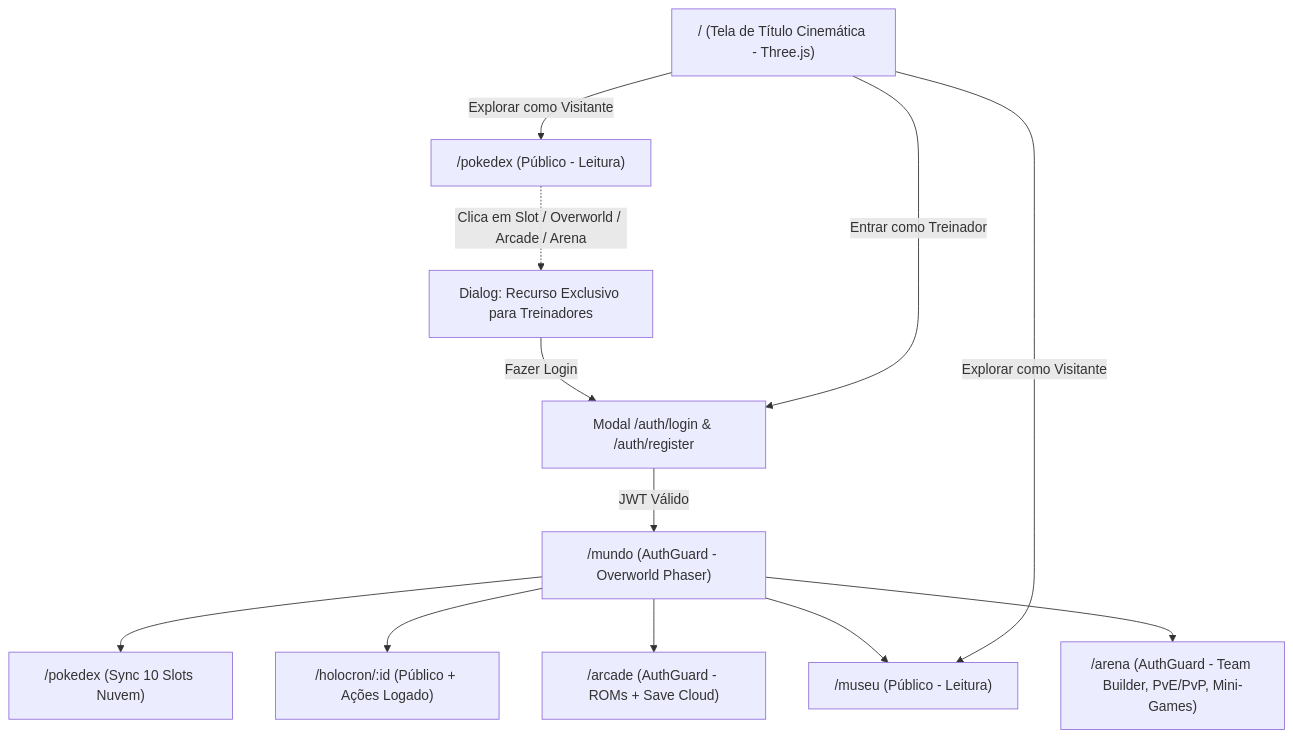
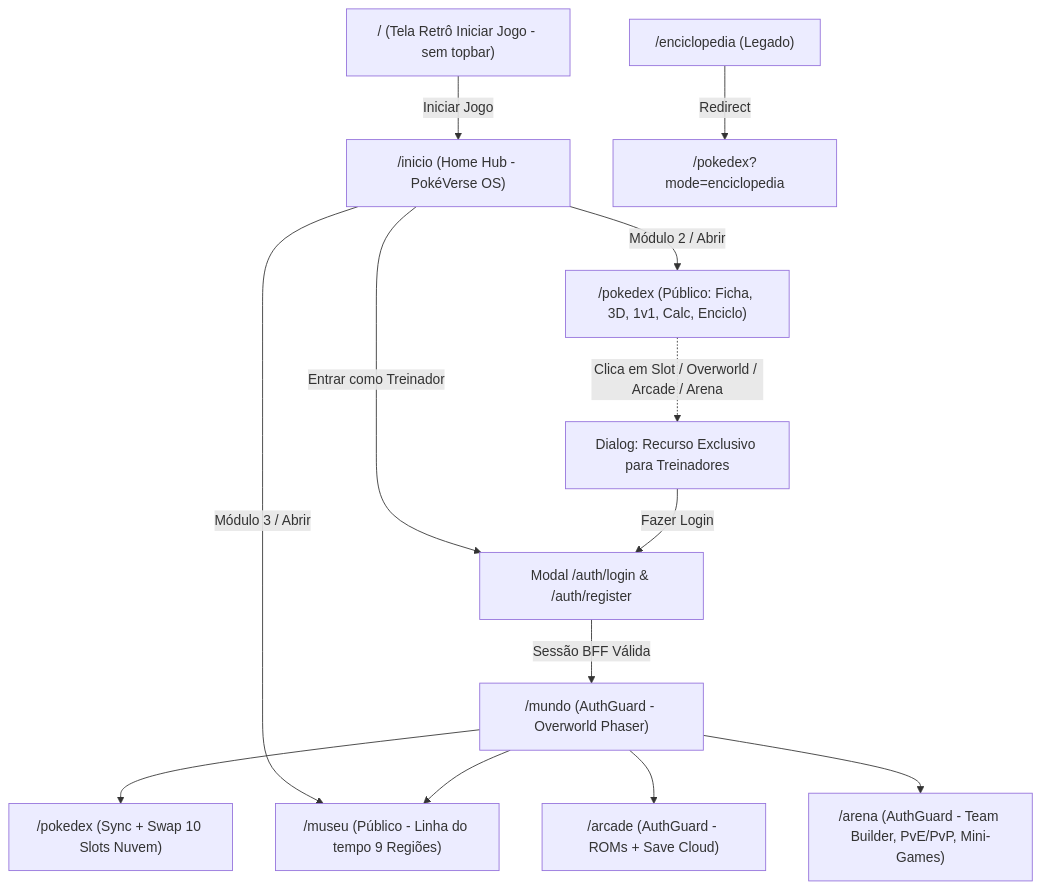
One commit to Digooow/pokedex-frontend changed the diagram in docs/02-frontend-angular-hud-e-estado.md. Above: the diagram before and after it, drawn with Mermaid. The commit also changed other lines of this file and 90 other files, not shown here.

Commit message:
feat: add swap functionality for Pokedex slots and mock API responses for moves

````diff
--- a/docs/02-frontend-angular-hud-e-estado.md
+++ b/docs/02-frontend-angular-hud-e-estado.md
@@ -16,16 +16,17 @@
 ```mermaid
 flowchart TD
-  Root["/ (Tela de Título Cinemática - Three.js)"] -->|"Explorar como Visitante"| PokedexRoute["/pokedex (Público - Leitura)"]
-  Root -->|"Explorar como Visitante"| MuseumRoute["/museu (Público - Leitura)"]
-  Root -->|"Entrar como Treinador"| LoginModal["Modal /auth/login & /auth/register"]
+  Root["/ (Tela Retrô Iniciar Jogo - sem topbar)"] -->|"Iniciar Jogo"| HubRoute["/inicio (Home Hub - PokéVerse OS)"]
+  HubRoute -->|"Módulo 2 / Abrir"| PokedexRoute["/pokedex (Público: Ficha, 3D, 1v1, Calc, Enciclo)"]
+  HubRoute -->|"Módulo 3 / Abrir"| MuseumRoute["/museu (Público - Linha do tempo 9 Regiões)"]
+  EncRoute["/enciclopedia (Legado)"] -->|"Redirect"| PokedexEnc["/pokedex?mode=enciclopedia"]
+  HubRoute -->|"Entrar como Treinador"| LoginModal["Modal /auth/login & /auth/register"]
 
-  LoginModal -->|"JWT Válido"| OverworldRoute["/mundo (AuthGuard - Overworld Phaser)"]
-  OverworldRoute --> PokedexCloud["/pokedex (Sync 10 Slots Nuvem)"]
-  OverworldRoute --> HolocronRoute["/holocron/:id (Público + Ações Logado)"]
+  LoginModal -->|"Sessão BFF Válida"| OverworldRoute["/mundo (AuthGuard - Overworld Phaser)"]
+  OverworldRoute --> PokedexCloud["/pokedex (Sync + Swap 10 Slots Nuvem)"]
   OverworldRoute --> MuseumRoute
   OverworldRoute --> ArcadeRoute["/arcade (AuthGuard - ROMs + Save Cloud)"]
   OverworldRoute --> ArenaRoute["/arena (AuthGuard - Team Builder, PvE/PvP, Mini-Games)"]
 
   PokedexRoute -.->|"Clica em Slot / Overworld / Arcade / Arena"| LockedPrompt["Dialog: Recurso Exclusivo para Treinadores"]
   LockedPrompt -->|"Fazer Login"| LoginModal
 ```
````
